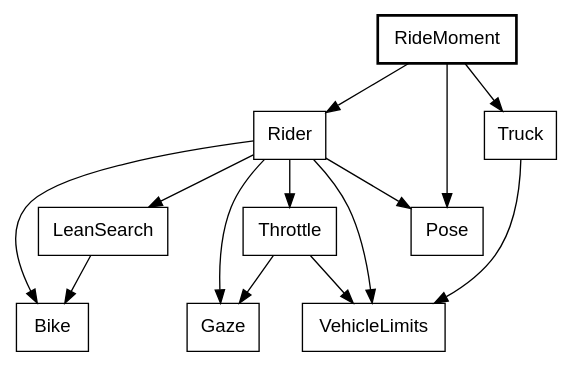
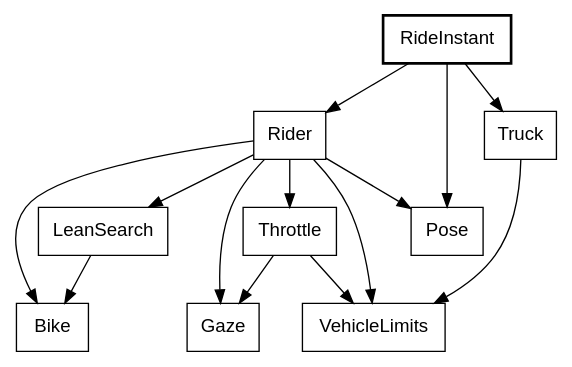
Diagram 11 of 17 in canvas_apps/safari/tutorial/tutorial.md (showell/roc-apps), drawn with Graphviz before and after one commit. The commit also changed other lines of this file, not shown here.

````diff
--- a/canvas_apps/safari/tutorial/tutorial.md
+++ b/canvas_apps/safari/tutorial/tutorial.md
@@ -586,19 +586,19 @@
 ```dot
 digraph stepped {
   node [shape=box, fontname="Helvetica"];
-  RideMoment [style=bold];
-  RideMoment -> Rider;
-  RideMoment -> Truck;
-  RideMoment -> Pose;
+  RideInstant [style=bold];
+  RideInstant -> Rider;
+  RideInstant -> Truck;
+  RideInstant -> Pose;
   Rider -> Bike;
   Rider -> Throttle;
   Rider -> LeanSearch;
   Rider -> Gaze;
   Rider -> Pose;
   Rider -> VehicleLimits;
   Truck -> VehicleLimits;
   Throttle -> Gaze;
   Throttle -> VehicleLimits;
   LeanSearch -> Bike;
 }
 ```
````
